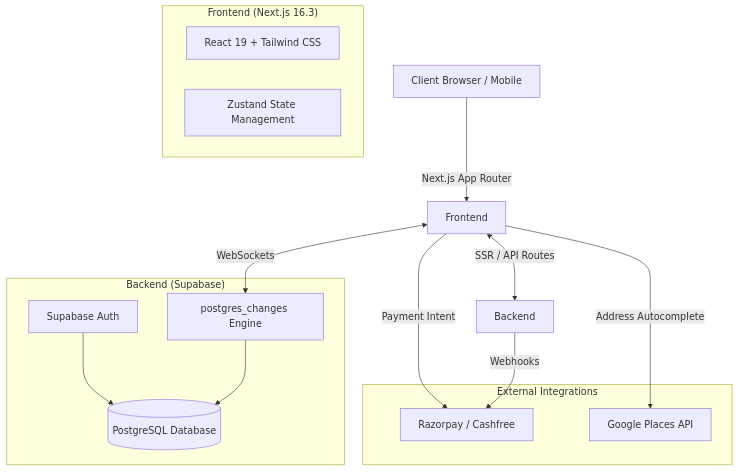
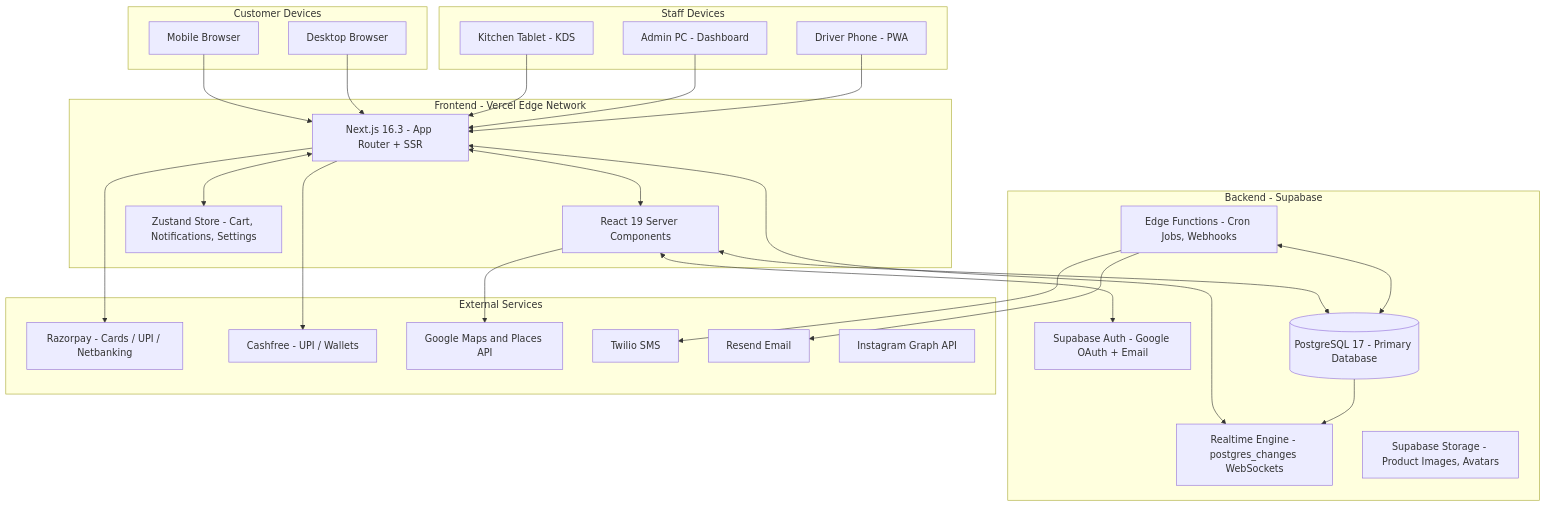
The second of 16 diagrams in pizza_expert_prd.md (Pratyush-Malviya/pizza-expert-prayagraj), drawn with Mermaid before and after one commit. The commit also changed other lines of this file and 18 other files, not shown here.

````diff
--- a/pizza_expert_prd.md
+++ b/pizza_expert_prd.md
@@ -14,30 +103,49 @@
 ```mermaid
-graph TD
-    Client[Client Browser / Mobile] -->|Next.js App Router| Frontend
-    
-    subgraph "Frontend (Next.js 16.3)"
-        UI[React 19 + Tailwind CSS]
-        State[Zustand State Management]
+graph TB
+    subgraph "Customer Devices"
+        Mobile[Mobile Browser]
+        Desktop[Desktop Browser]
     end
-    
-    Frontend <-->|SSR / API Routes| Backend
-    Frontend <-->|WebSockets| Realtime
-    
-    subgraph "Backend (Supabase)"
-        Auth[Supabase Auth]
-        DB[(PostgreSQL Database)]
-        Realtime[postgres_changes Engine]
-        
-        Auth --> DB
-        Realtime --> DB
+
+    subgraph "Staff Devices"
+        KitchenTablet[Kitchen Tablet - KDS]
+        AdminPC[Admin PC - Dashboard]
+        DriverPhone[Driver Phone - PWA]
     end
-    
-    Frontend -->|Payment Intent| PaymentGateways
-    Backend -->|Webhooks| PaymentGateways
-    Frontend -->|Address Autocomplete| Maps
-    
-    subgraph "External Integrations"
-        PaymentGateways[Razorpay / Cashfree]
-        Maps[Google Places API]
+
+    subgraph "Frontend - Vercel Edge Network"
+        NextJS["Next.js 16.3 - App Router + SSR"]
+        RSC["React 19 Server Components"]
+        Zustand["Zustand Store - Cart, Notifications, Settings"]
     end
+
+    subgraph "Backend - Supabase"
+        Auth["Supabase Auth - Google OAuth + Email"]
+        DB[("PostgreSQL 17 - Primary Database")]
+        Realtime["Realtime Engine - postgres_changes WebSockets"]
+        Storage["Supabase Storage - Product Images, Avatars"]
+        EdgeFns["Edge Functions - Cron Jobs, Webhooks"]
+    end
+
+    subgraph "External Services"
+        Razorpay["Razorpay - Cards / UPI / Netbanking"]
+        Cashfree["Cashfree - UPI / Wallets"]
+        GoogleMaps["Google Maps and Places API"]
+        Twilio["Twilio SMS"]
+        Resend["Resend Email"]
+        Instagram["Instagram Graph API"]
+    end
+
+    Mobile & Desktop --> NextJS
+    KitchenTablet & AdminPC & DriverPhone --> NextJS
+    NextJS <--> RSC
+    NextJS <--> Zustand
+    RSC <--> Auth
+    RSC <--> DB
+    NextJS <--> Realtime
+    NextJS --> Razorpay & Cashfree
+    RSC --> GoogleMaps
+    EdgeFns --> Twilio & Resend
+    DB --> Realtime
+    EdgeFns <--> DB
 ```
````
